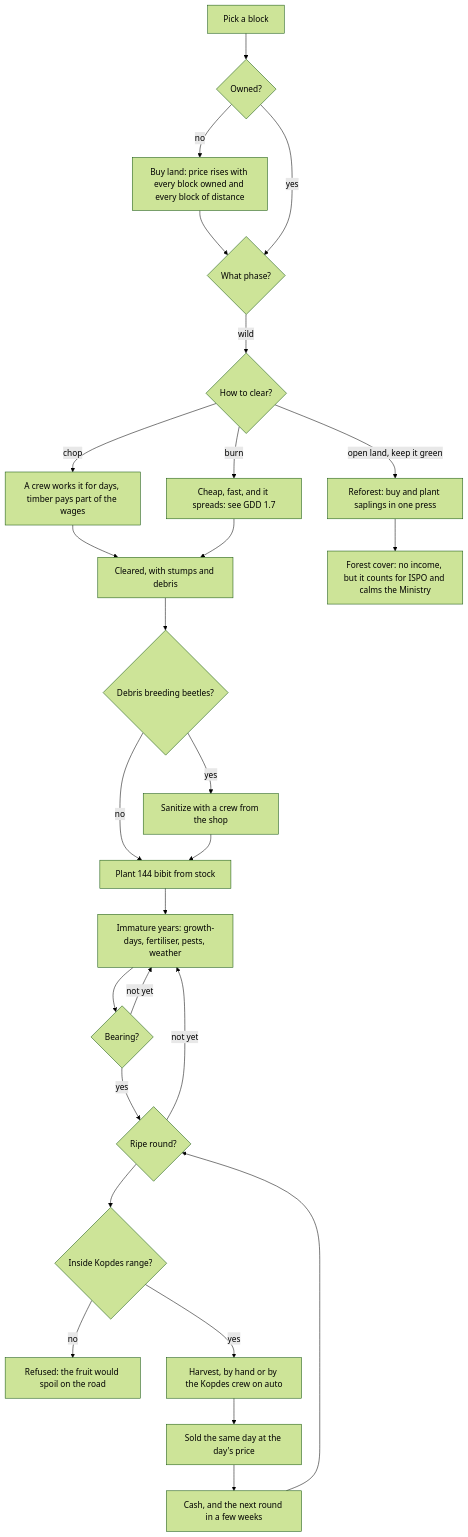
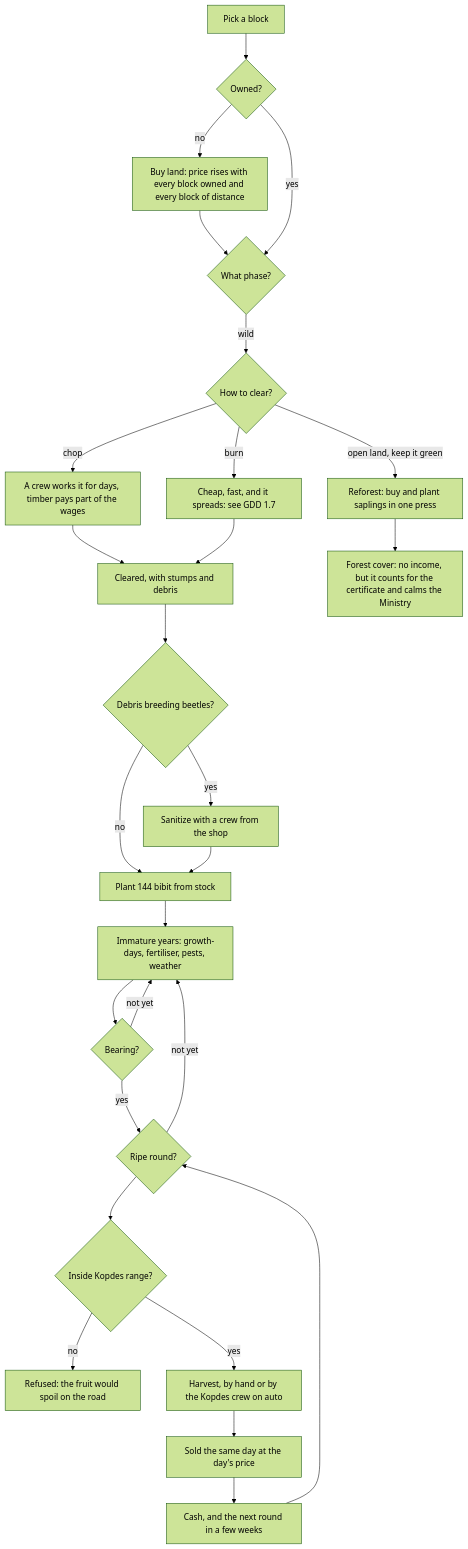
One commit to luissebastian953/accursed-forest changed the third of 8 diagrams in docs/gdd/01-use-cases.md. Above: the diagram before and after it, drawn with Mermaid (forest theme). The commit also changed other lines of this file and 47 other files, not shown here.

````diff
--- a/docs/gdd/01-use-cases.md
+++ b/docs/gdd/01-use-cases.md
@@ -151,29 +151,29 @@
 ```mermaid
 flowchart TD
   pick[Pick a block] --> owned{Owned?}
   owned -->|no| buy[Buy land: price rises with every block owned and every block of distance]
   buy --> phase
   owned -->|yes| phase{What phase?}
   phase -->|wild| how{How to clear?}
   how -->|chop| crew[A crew works it for days, timber pays part of the wages]
   how -->|burn| fire[Cheap, fast, and it spreads: see GDD 1.7]
   how -->|open land, keep it green| forest[Reforest: buy and plant saplings in one press]
   crew --> cleared[Cleared, with stumps and debris]
   fire --> cleared
   cleared --> sanitize{Debris breeding beetles?}
   sanitize -->|yes| clean[Sanitize with a crew from the shop]
   sanitize -->|no| plant
   clean --> plant[Plant 144 bibit from stock]
   plant --> grow[Immature years: growth-days, fertiliser, pests, weather]
   grow --> bearing{Bearing?}
   bearing -->|not yet| grow
   bearing -->|yes| ripe{Ripe round?}
   ripe -->|not yet| grow
   ripe --> range{Inside Kopdes range?}
   range -->|no| spoil[Refused: the fruit would spoil on the road]
   range -->|yes| harvest[Harvest, by hand or by the Kopdes crew on auto]
   harvest --> sell[Sold the same day at the day's price]
   sell --> cash[Cash, and the next round in a few weeks]
   cash --> ripe
-  forest --> cover[Forest cover: no income, but it counts for ISPO and calms the Ministry]
+  forest --> cover[Forest cover: no income, but it counts for the certificate and calms the Ministry]
 ```
````
